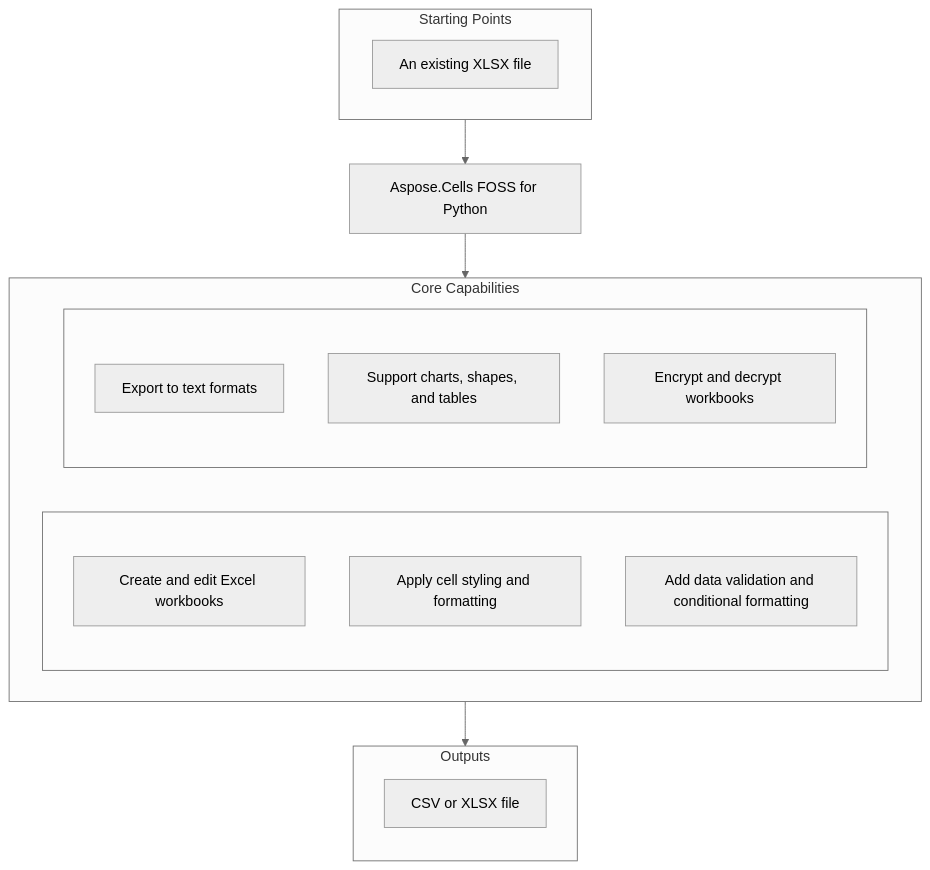
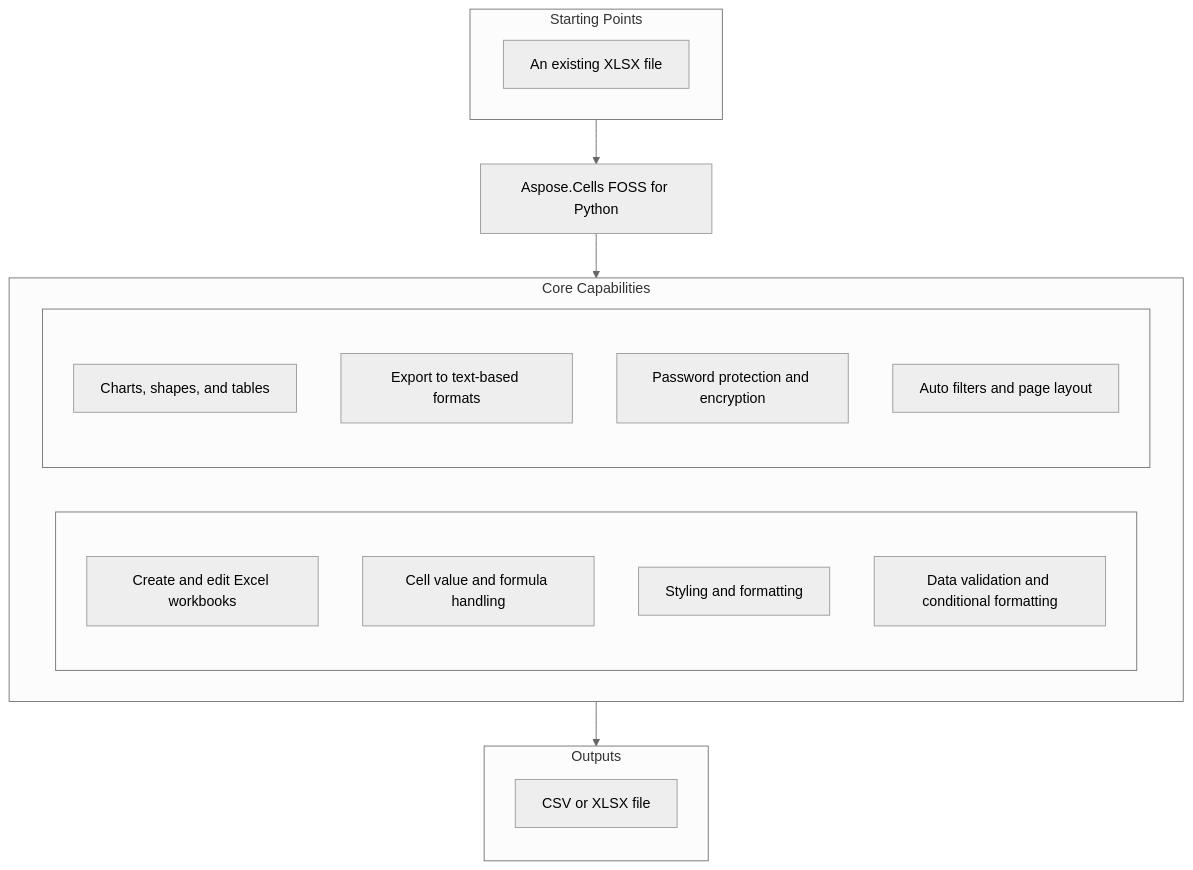
Before and after one commit to babar-raza/repository-presenter: the diagram in candidates/aspose-cells-foss__Aspose.Cells-FOSS-for-Python/4f6768a7b349a1309644f456eb43bc35f70c16d7/README.md, drawn with Mermaid (neutral theme). The commit also changed other lines of this file and 15 other files, not shown here.

````diff
--- a/candidates/aspose-cells-foss__Aspose.Cells-FOSS-for-Python/4f6768a7b349a1309644f456eb43bc35f70c16d7/README.md
+++ b/candidates/aspose-cells-foss__Aspose.Cells-FOSS-for-Python/4f6768a7b349a1309644f456eb43bc35f70c16d7/README.md
@@ -25,28 +25,30 @@
 ```mermaid
 flowchart TD
   subgraph StartingPoints["Starting Points"]
     direction LR
     i1["An existing XLSX file"]
   end
   PRODUCT["Aspose.Cells FOSS for Python"]
   subgraph Capabilities["Core Capabilities"]
     direction LR
     subgraph capl[" "]
       direction TB
       c1["Create and edit Excel workbooks"]
-      c2["Apply cell styling and formatting"]
-      c3["Add data validation and conditional formatting"]
+      c2["Cell value and formula handling"]
+      c3["Styling and formatting"]
+      c4["Data validation and conditional formatting"]
     end
     subgraph capr[" "]
       direction TB
-      c4["Export to text formats"]
-      c5["Support charts, shapes, and tables"]
-      c6["Encrypt and decrypt workbooks"]
+      c5["Charts, shapes, and tables"]
+      c6["Export to text-based formats"]
+      c7["Password protection and encryption"]
+      c8["Auto filters and page layout"]
     end
   end
   subgraph Outputs["Outputs"]
     direction TB
     o1["CSV or XLSX file"]
   end
   StartingPoints --> PRODUCT --> Capabilities --> Outputs
 ```
````
